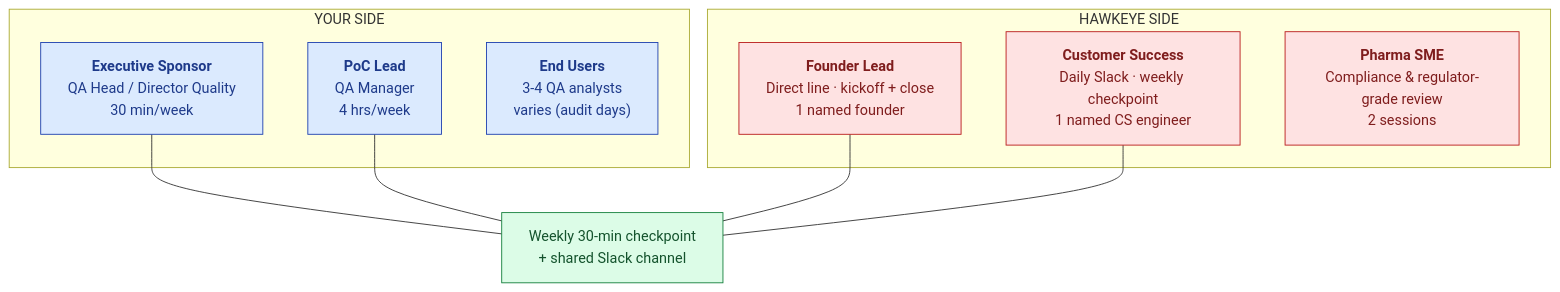
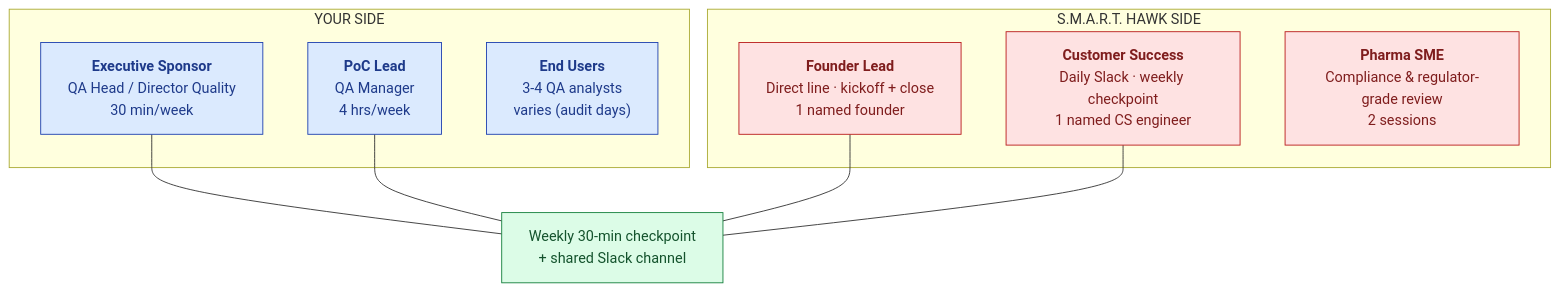
One commit to hawkeyetransact-dotcom/doc_v2 changed the fourth of 9 diagrams in 09-sales-marketing/pitch-materials/POC-PITCH-DECK.md. Above: the diagram before and after it, drawn with Mermaid. The commit also changed other lines of this file and 105 other files, not shown here.

First line of the commit message:
Rebrand docs: Hawkeye -> S.M.A.R.T. Hawk; S.M.A.R.T. five-pillar pipeline

````diff
--- a/09-sales-marketing/pitch-materials/POC-PITCH-DECK.md
+++ b/09-sales-marketing/pitch-materials/POC-PITCH-DECK.md
@@ -225,25 +225,25 @@
 ```mermaid
 flowchart TB
     classDef cust fill:#DBEAFE,stroke:#1E40AF,color:#1E3A8A
     classDef hk fill:#FEE2E2,stroke:#B91C1C,color:#7F1D1D
     classDef shared fill:#DCFCE7,stroke:#15803D,color:#14532D
 
     subgraph YOU["YOUR SIDE"]
         C1["<b>Executive Sponsor</b><br/>QA Head / Director Quality<br/>30 min/week"]:::cust
         C2["<b>PoC Lead</b><br/>QA Manager<br/>4 hrs/week"]:::cust
         C3["<b>End Users</b><br/>3-4 QA analysts<br/>varies (audit days)"]:::cust
     end
 
-    subgraph US["HAWKEYE SIDE"]
+    subgraph US["S.M.A.R.T. HAWK SIDE"]
         H1["<b>Founder Lead</b><br/>Direct line · kickoff + close<br/>1 named founder"]:::hk
         H2["<b>Customer Success</b><br/>Daily Slack · weekly checkpoint<br/>1 named CS engineer"]:::hk
         H3["<b>Pharma SME</b><br/>Compliance & regulator-grade review<br/>2 sessions"]:::hk
     end
 
     K["Weekly 30-min checkpoint<br/>+ shared Slack channel"]:::shared
 
     C1 --- K
     C2 --- K
     H1 --- K
     H2 --- K
 ```
````
